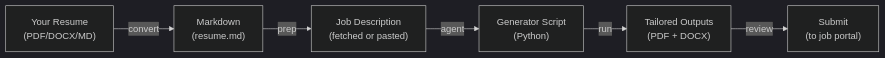
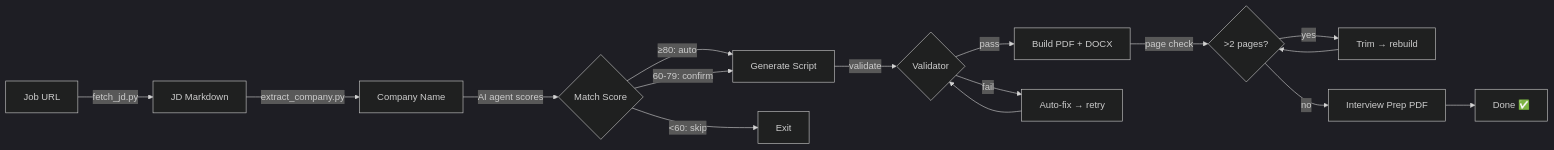
Before and after one commit to shawnhe/resumeTailor: the diagram in README.md, drawn with Mermaid (dark theme). The commit also changed other lines of this file, not shown here.

````diff
--- a/README.md
+++ b/README.md
@@ -109,8 +148,18 @@
 ```mermaid
 graph LR
-    A["Your Resume<br/>(PDF/DOCX/MD)"] -->|convert| B["Markdown<br/>(resume.md)"]
-    B -->|prep| C["Job Description<br/>(fetched or pasted)"]
-    C -->|agent| D["Generator Script<br/>(Python)"]
-    D -->|run| E["Tailored Outputs<br/>(PDF + DOCX)"]
-    E -->|review| F["Submit<br/>(to job portal)"]
+    A["Job URL"] -->|fetch_jd.py| B["JD Markdown"]
+    B -->|extract_company.py| C["Company Name"]
+    C -->|AI agent scores| D{"Match Score"}
+    D -->|≥80: auto| E["Generate Script"]
+    D -->|60-79: confirm| E
+    D -->|<60: skip| F["Exit"]
+    E -->|validate| G{"Validator"}
+    G -->|pass| H["Build PDF + DOCX"]
+    G -->|fail| I["Auto-fix → retry"]
+    I --> G
+    H -->|page check| J{">2 pages?"}
+    J -->|yes| K["Trim → rebuild"]
+    K --> J
+    J -->|no| L["Interview Prep PDF"]
+    L --> M["Done ✅"]
 ```
````
